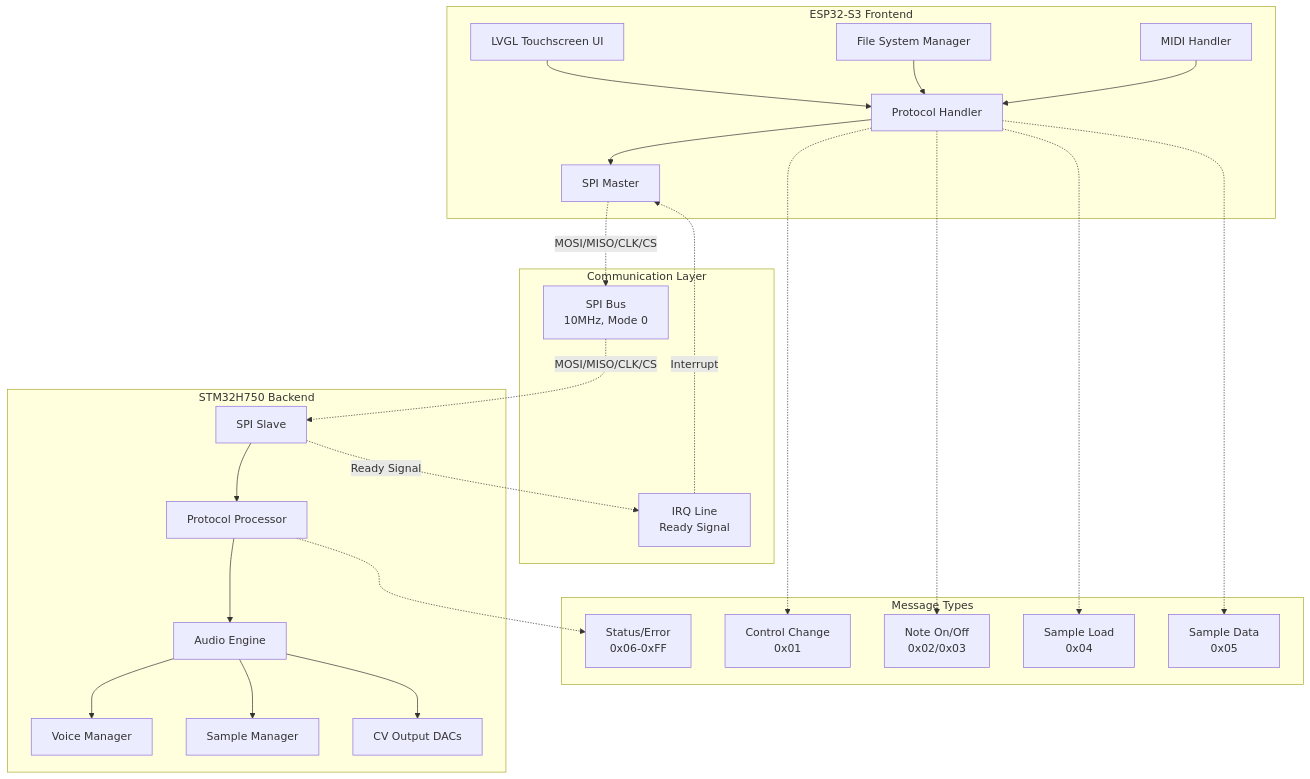
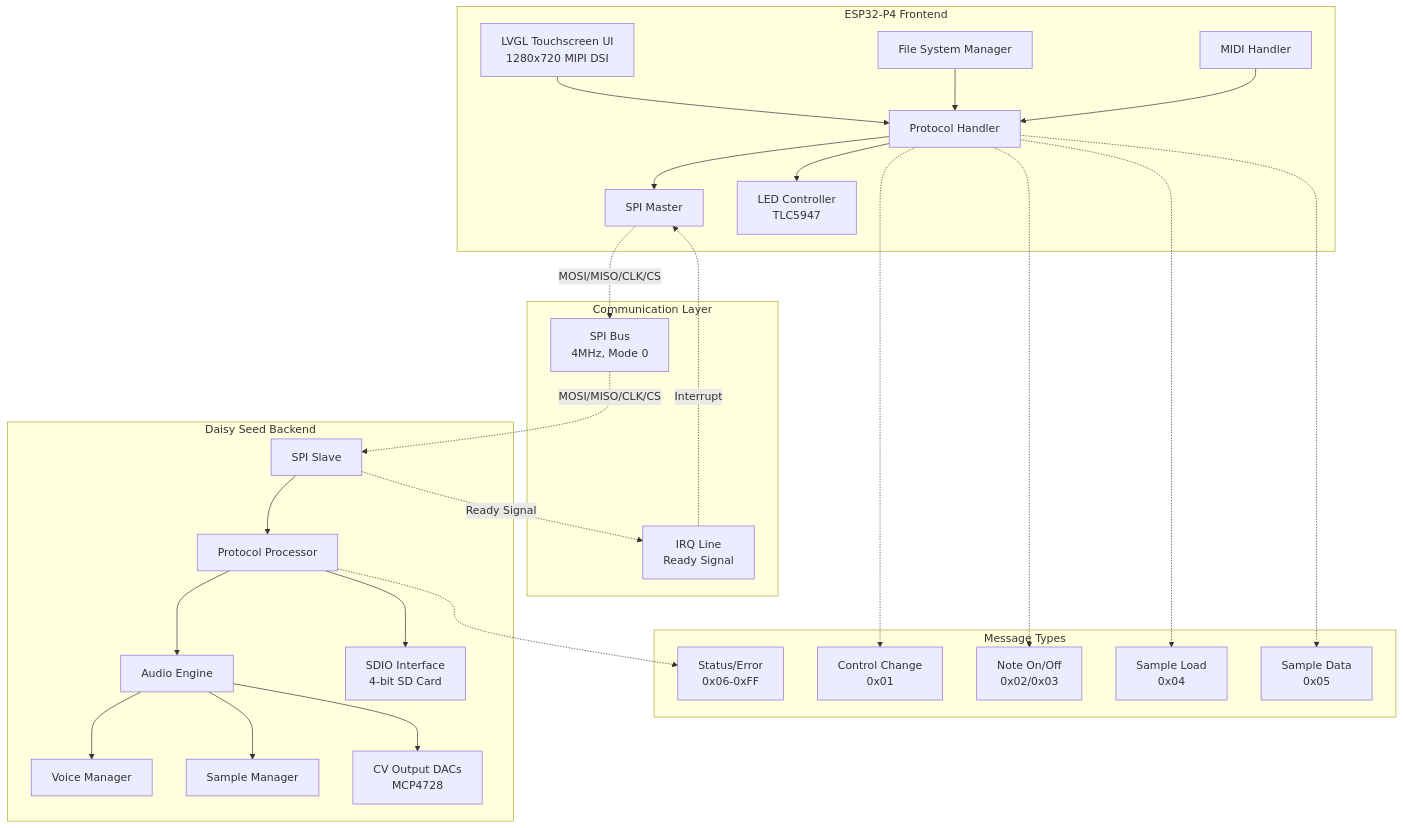
Before and after one commit to pmorgantech/WaveX: the first of 7 diagrams in docs/system-architecture.md, drawn with Mermaid. The commit also changed other lines of this file and 44 other files, not shown here.

````diff
--- a/docs/system-architecture.md
+++ b/docs/system-architecture.md
@@ -9,54 +9,58 @@
 ```mermaid
 graph TB
-    subgraph "ESP32-S3 Frontend"
-        UI[LVGL Touchscreen UI]
+    subgraph "ESP32-P4 Frontend"
+        UI[LVGL Touchscreen UI<br/>1280x720 MIPI DSI]
         FS[File System Manager]
         MIDI[MIDI Handler]
         PROT_ESP[Protocol Handler]
         SPI_M[SPI Master]
-        
+        LED_CTRL[LED Controller<br/>TLC5947]
+
         UI --> PROT_ESP
         FS --> PROT_ESP
         MIDI --> PROT_ESP
         PROT_ESP --> SPI_M
+        PROT_ESP --> LED_CTRL
     end
-    
+
     subgraph "Communication Layer"
-        SPI_BUS[SPI Bus<br/>10MHz, Mode 0]
+        SPI_BUS[SPI Bus<br/>4MHz, Mode 0]
         IRQ_LINE[IRQ Line<br/>Ready Signal]
     end
-    
-    subgraph "STM32H750 Backend"
+
+    subgraph "Daisy Seed Backend"
         SPI_S[SPI Slave]
         PROT_STM[Protocol Processor]
         AUDIO[Audio Engine]
         VOICES[Voice Manager]
         SAMPLES[Sample Manager]
-        CV_OUT[CV Output DACs]
-        
+        CV_OUT[CV Output DACs<br/>MCP4728]
+        SDIO[SDIO Interface<br/>4-bit SD Card]
+
         SPI_S --> PROT_STM
         PROT_STM --> AUDIO
         AUDIO --> VOICES
         AUDIO --> SAMPLES
         AUDIO --> CV_OUT
+        PROT_STM --> SDIO
     end
     
     SPI_M -.->|MOSI/MISO/CLK/CS| SPI_BUS
     SPI_BUS -.->|MOSI/MISO/CLK/CS| SPI_S
     SPI_S -.->|Ready Signal| IRQ_LINE
     IRQ_LINE -.->|Interrupt| SPI_M
     
     subgraph "Message Types"
         MSG1[Control Change<br/>0x01]
         MSG2[Note On/Off<br/>0x02/0x03]
         MSG3[Sample Load<br/>0x04]
         MSG4[Sample Data<br/>0x05]
         MSG5[Status/Error<br/>0x06-0xFF]
     end
     
     PROT_ESP -.-> MSG1
     PROT_ESP -.-> MSG2
     PROT_ESP -.-> MSG3
     PROT_ESP -.-> MSG4
     PROT_STM -.-> MSG5
 ```
````
